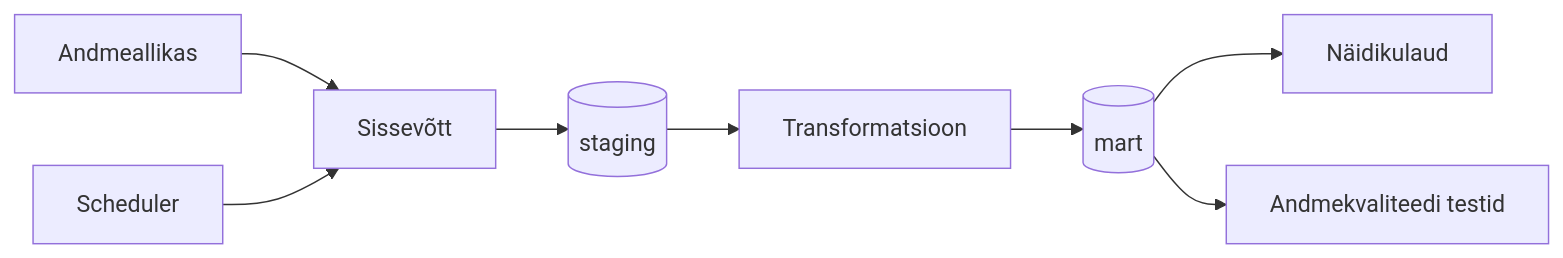
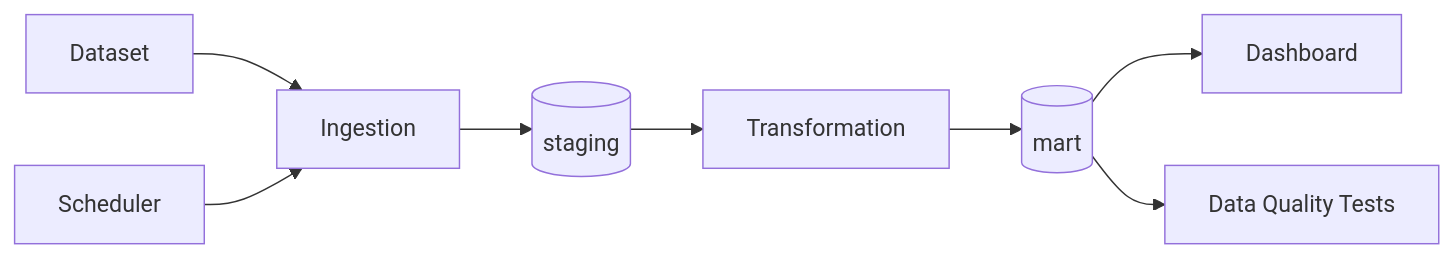
The diagram in docs/architecture.md (kvalge/eu-merger-arbitration-pipeline-test), drawn with Mermaid before and after one commit. The commit also changed other lines of this file and 2 other files, not shown here.

````diff
--- a/docs/architecture.md
+++ b/docs/architecture.md
@@ -26,10 +27,10 @@
 ```mermaid
 flowchart LR
-    source[Andmeallikas] --> ingest[Sissevõtt]
+    source[Dataset] --> ingest[Ingestion]
     ingest --> staging[(staging)]
-    staging --> transform[Transformatsioon]
+    staging --> transform[Transformation]
     transform --> mart[(mart)]
-    mart --> dashboard[Näidikulaud]
-    mart --> quality[Andmekvaliteedi testid]
+    mart --> dashboard[Dashboard]
+    mart --> quality[Data Quality Tests]
     scheduler[Scheduler] --> ingest
 ```
````
